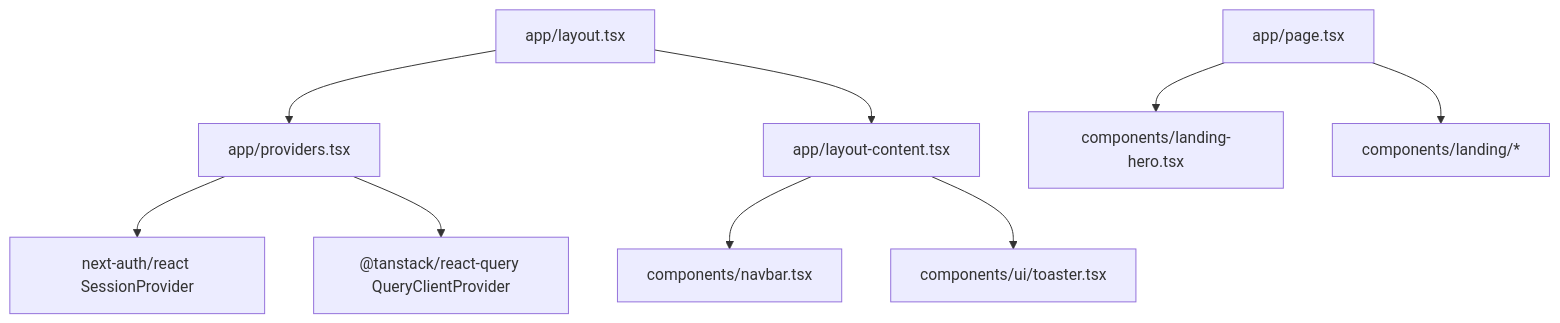
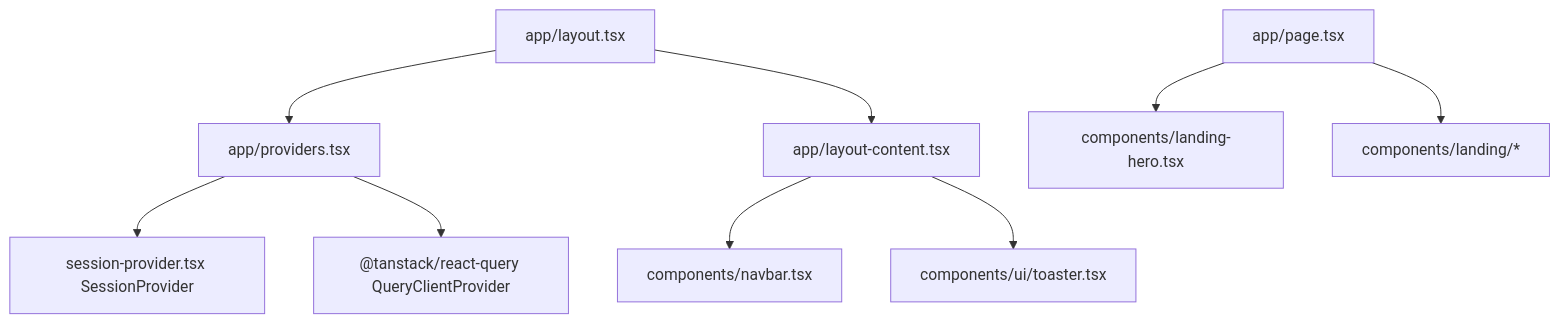
One commit to tashifkhan/tashif.codes changed the first of 10 diagrams in src/data/docs/talentsync/Architecture Overview/Frontend Architecture.md. Above: the diagram before and after it, drawn with Mermaid. The commit also changed other lines of this file and 2128 other files, not shown here.

First line of the commit message:
docs: replace raster diagram images with native Mermaid across project guides

````diff
--- a/src/data/docs/talentsync/Architecture Overview/Frontend Architecture.md
+++ b/src/data/docs/talentsync/Architecture Overview/Frontend Architecture.md
@@ -9,11 +8,11 @@
 ```mermaid
 graph TB
 A["app/layout.tsx"] --> B["app/providers.tsx"]
 A --> C["app/layout-content.tsx"]
 C --> D["components/navbar.tsx"]
 C --> E["components/ui/toaster.tsx"]
-B --> F["next-auth/react SessionProvider"]
+B --> F["session-provider.tsx SessionProvider"]
 B --> G["@tanstack/react-query QueryClientProvider"]
 H["app/page.tsx"] --> I["components/landing-hero.tsx"]
 H --> J["components/landing/*"]
 ```
````
